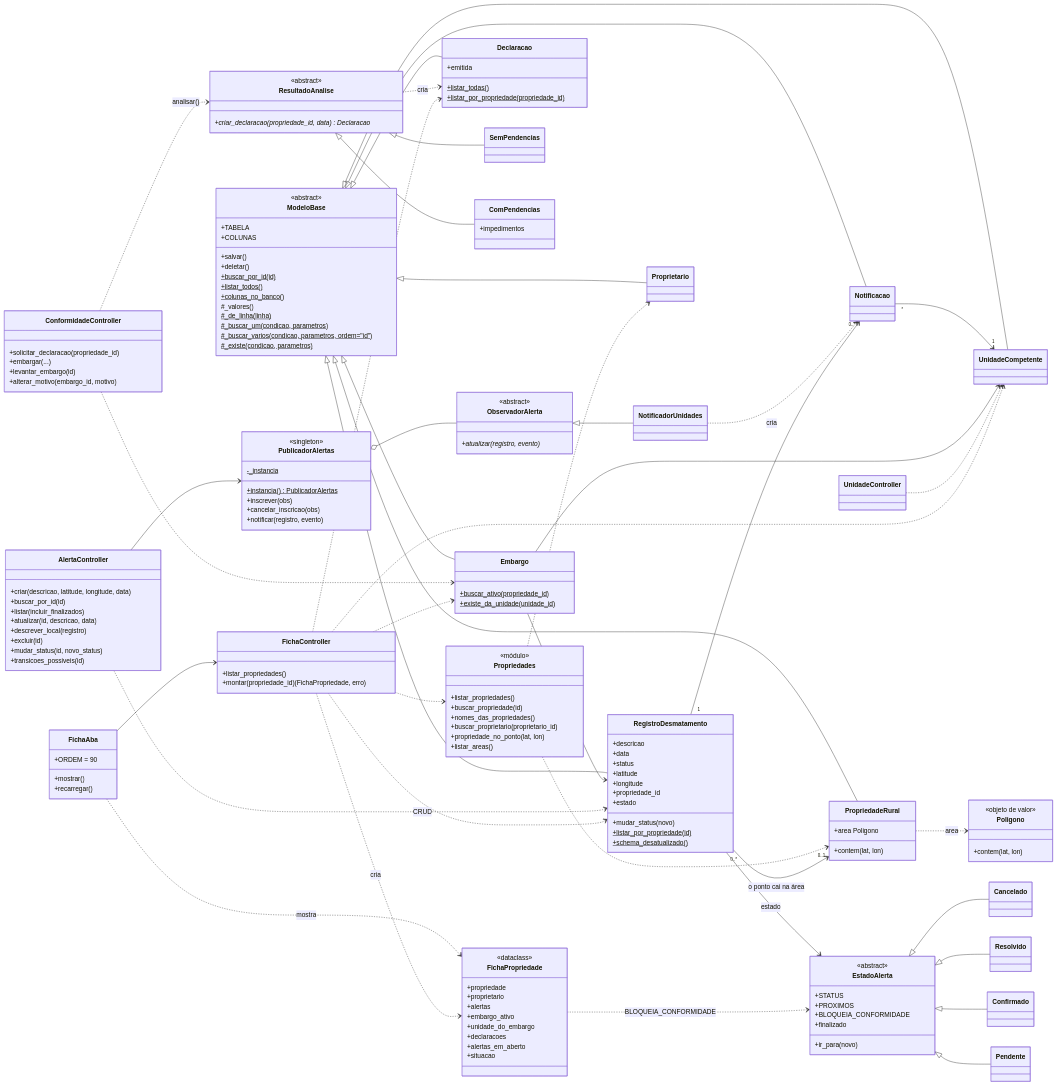
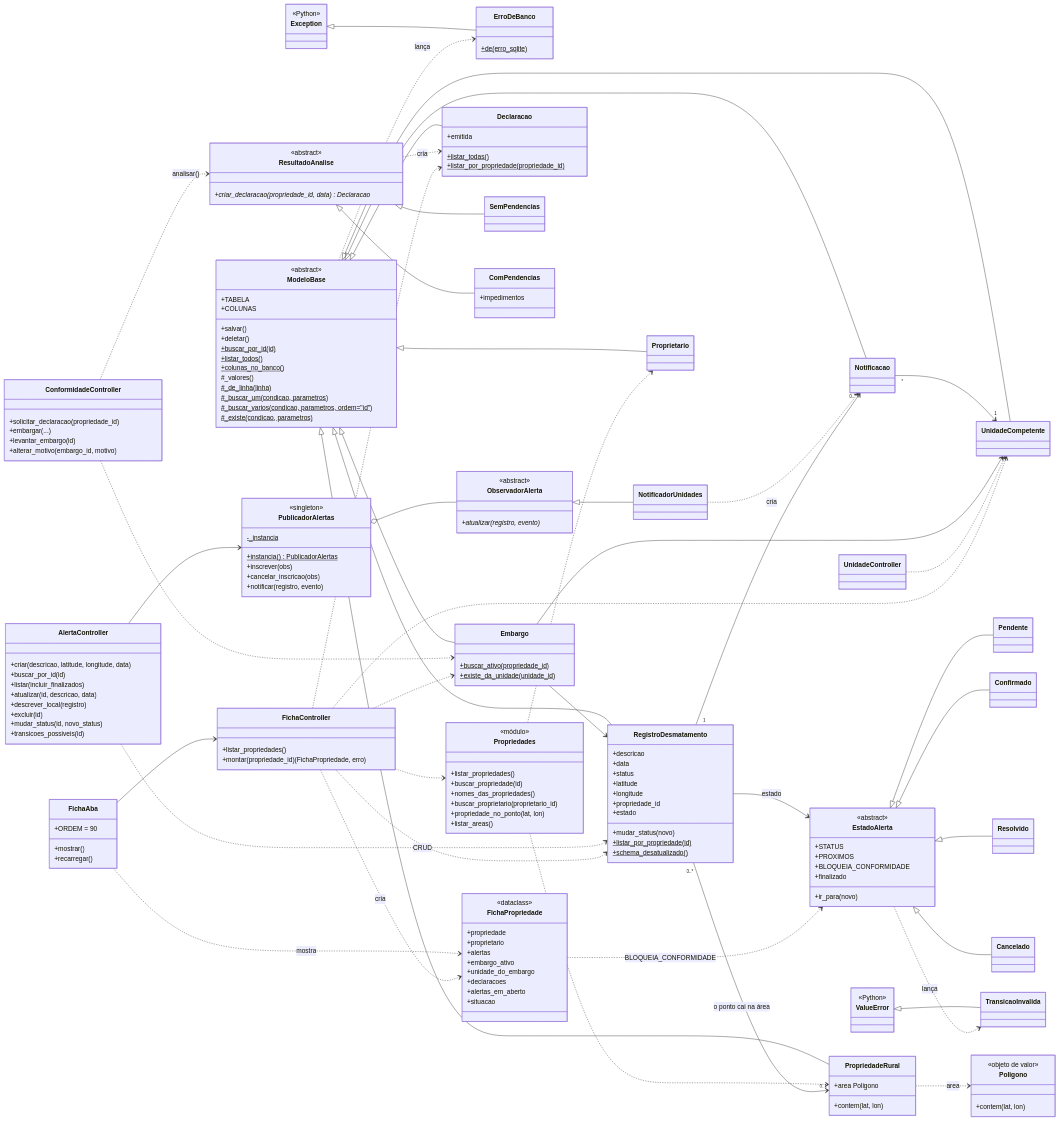
Before and after one commit to pedrohrossetto/sys-car: the sixth of 7 diagrams in docs/fiscalizacao/diagramas.pt-br.md, drawn with Mermaid. The commit also changed other lines of this file and 4 other files, not shown here.

```diff
--- a/docs/fiscalizacao/diagramas.pt-br.md
+++ b/docs/fiscalizacao/diagramas.pt-br.md
@@ -193,6 +194,16 @@
     class Confirmado
     class Resolvido
     class Cancelado
+    class ValueError {
+        <<Python>>
+    }
+    class Exception {
+        <<Python>>
+    }
+    class TransicaoInvalida
+    class ErroDeBanco {
+        +de(erro_sqlite)$
+    }
     class ObservadorAlerta {
         <<abstract>>
         +atualizar(registro, evento)*
@@ -295,6 +306,10 @@
     EstadoAlerta <|-- Confirmado
     EstadoAlerta <|-- Resolvido
     EstadoAlerta <|-- Cancelado
+    ValueError <|-- TransicaoInvalida
+    Exception <|-- ErroDeBanco
+    EstadoAlerta ..> TransicaoInvalida : lança
+    ModeloBase ..> ErroDeBanco : lança
     RegistroDesmatamento --> EstadoAlerta : estado
     ObservadorAlerta <|-- NotificadorUnidades
     PublicadorAlertas o-- ObservadorAlerta
```
